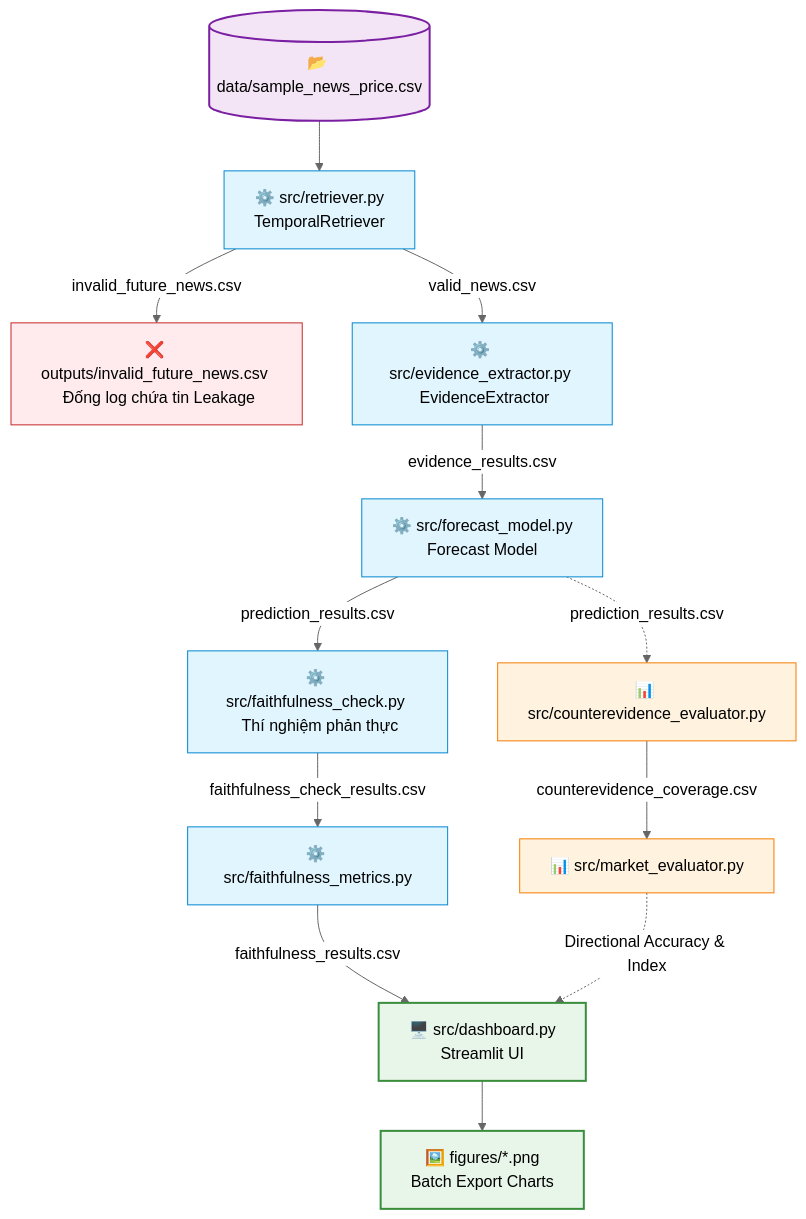
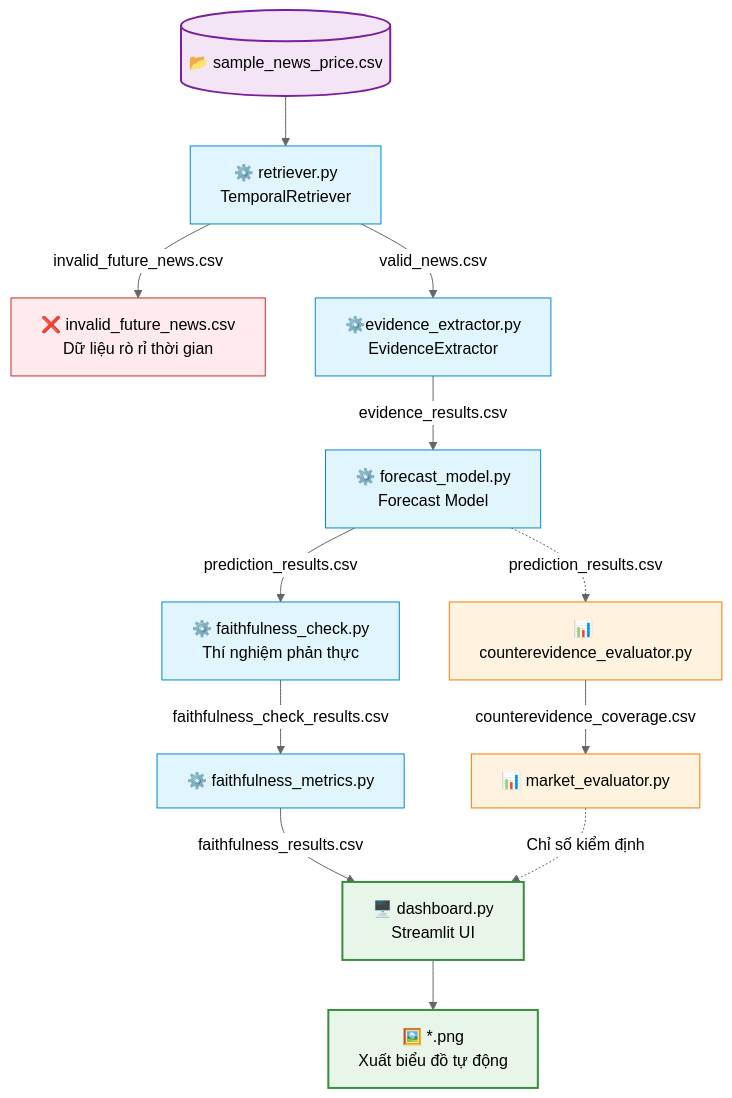
One commit to danghuy0104/faithful-evidence-forecasting changed the diagram in README.md. Above: the diagram before and after it, drawn with Mermaid (neutral theme).

````diff
--- a/README.md
+++ b/README.md
@@ -35,40 +35,33 @@
 ```mermaid
 flowchart TD
-    %% Định nghĩa các node dữ liệu đầu vào/đầu ra
-    DATA[(📂 data/sample_news_price.csv)] --> RET[⚙️ src/retriever.py <br> TemporalRetriever]
+    %% Luồng xử lý dữ liệu và trích xuất tin tức
+    DATA[("📂 sample_news_price.csv")]:::data --> RET["⚙️ retriever.py <br> TemporalRetriever"]:::core
     
-    %% Tiến trình lọc rò rỉ thời gian
-    RET -->|invalid_future_news.csv| LEAK[❌ outputs/invalid_future_news.csv <br> Đống log chứa tin Leakage]
-    RET -->|valid_news.csv| EXT[⚙️ src/evidence_extractor.py <br> EvidenceExtractor]
+    RET -->|"invalid_future_news.csv"| LEAK["❌ invalid_future_news.csv <br> Dữ liệu rò rỉ thời gian"]:::error
+    RET -->|"valid_news.csv"| EXT["⚙️evidence_extractor.py <br> EvidenceExtractor"]:::core
     
     %% Trục Pipeline cốt lõi
-    EXT -->|evidence_results.csv| MODEL[⚙️ src/forecast_model.py <br> Forecast Model]
+    EXT -->|"evidence_results.csv"| MODEL["⚙️ forecast_model.py <br> Forecast Model"]:::core
     
-    %% Phân nhánh: Nhánh chính (Faithfulness) & Nhánh phụ (Market Evaluation)
-    MODEL -->|prediction_results.csv| CHECK[⚙️ src/faithfulness_check.py <br> Thí nghiệm phản thực]
-    MODEL -.->|prediction_results.csv| CE_EVAL[📊 src/counterevidence_evaluator.py]
+    %% Phân nhánh đánh giá
+    MODEL -->|"prediction_results.csv"| CHECK["⚙️ faithfulness_check.py <br> Thí nghiệm phản thực"]:::core
+    MODEL -.->|"prediction_results.csv"| CE_EVAL["📊 counterevidence_evaluator.py"]:::side
     
-    %% Luồng xử lý Nhánh phụ
-    CE_EVAL -->|counterevidence_coverage.csv| MKT_EVAL[📊 src/market_evaluator.py]
+    %% Tiến trình nhánh phụ (Đánh giá thị trường)
+    CE_EVAL -->|"counterevidence_coverage.csv"| MKT_EVAL["📊 market_evaluator.py"]:::side
     
-    %% Luồng xử lý Nhánh chính
-    CHECK -->|faithfulness_check_results.csv| METRICS[⚙️ src/faithfulness_metrics.py]
-    METRICS -->|faithfulness_results.csv| DASH[🖥️ src/dashboard.py <br> Streamlit UI]
+    %% Tiến trình nhánh chính (Đánh giá độ trung thực)
+    CHECK -->|"faithfulness_check_results.csv"| METRICS["⚙️ faithfulness_metrics.py"]:::core
+    METRICS -->|"faithfulness_results.csv"| DASH["🖥️ dashboard.py <br> Streamlit UI"]:::ui
     
-    %% Hội tụ về Dashboard
-    MKT_EVAL -.->|Directional Accuracy & Index| DASH
-    DASH --> OUTPUT[🖼️ figures/*.png <br> Batch Export Charts]
+    %% Tổng hợp kết quả về Dashboard
+    MKT_EVAL -.->|"Chỉ số kiểm định"| DASH
+    DASH --> OUTPUT["🖼️ *.png <br> Xuất biểu đồ tự động"]:::ui
 
-    %% Định dạng giao diện màu sắc cho các thành phần
+    %% Định nghĩa bảng màu trực quan (Styles)
     classDef core fill:#e1f5fe,stroke:#0288d1,stroke-width:1px;
     classDef side fill:#fff3e0,stroke:#f57c00,stroke-width:1px;
     classDef data fill:#f3e5f5,stroke:#7b1fa2,stroke-width:2px;
     classDef ui fill:#e8f5e9,stroke:#388e3c,stroke-width:2px;
     classDef error fill:#ffebee,stroke:#c62828,stroke-width:1px;
-    
-    class RET,EXT,MODEL,CHECK,METRICS core;
-    class CE_EVAL,MKT_EVAL side;
-    class DATA data;
-    class DASH,OUTPUT ui;
-    class LEAK error;
 ```
````
